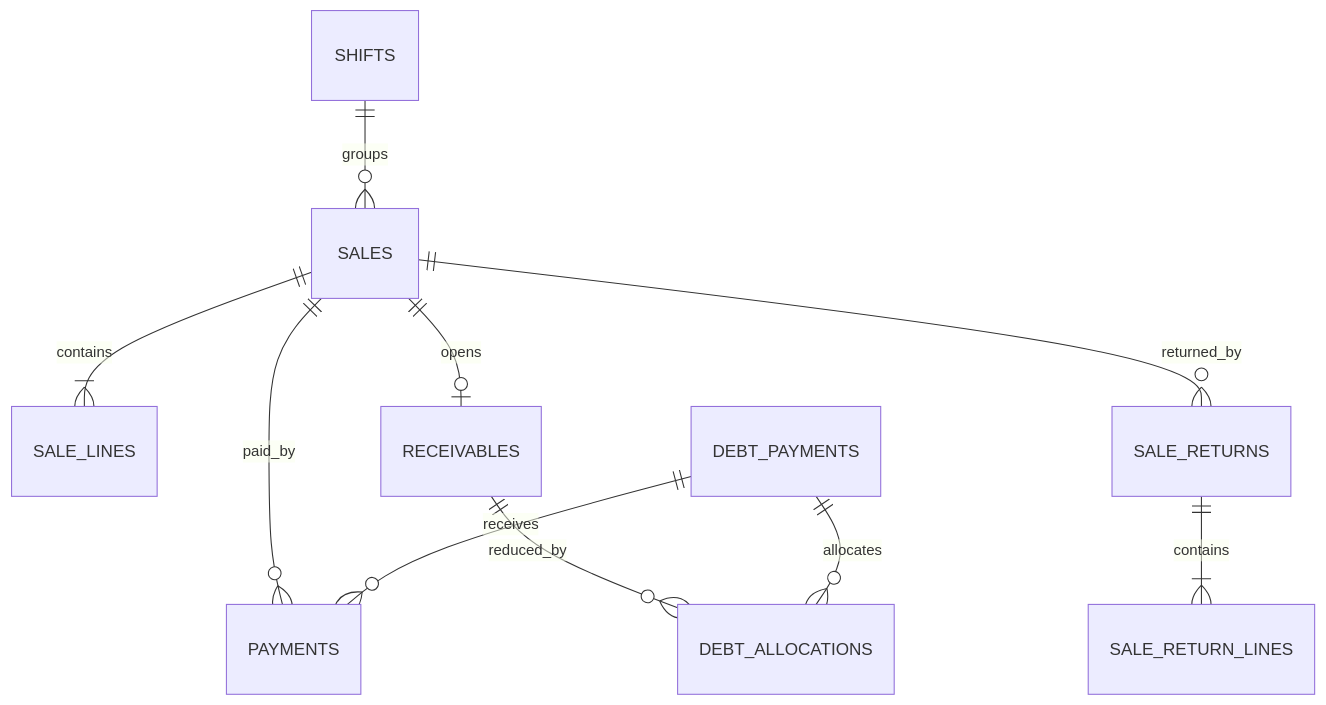
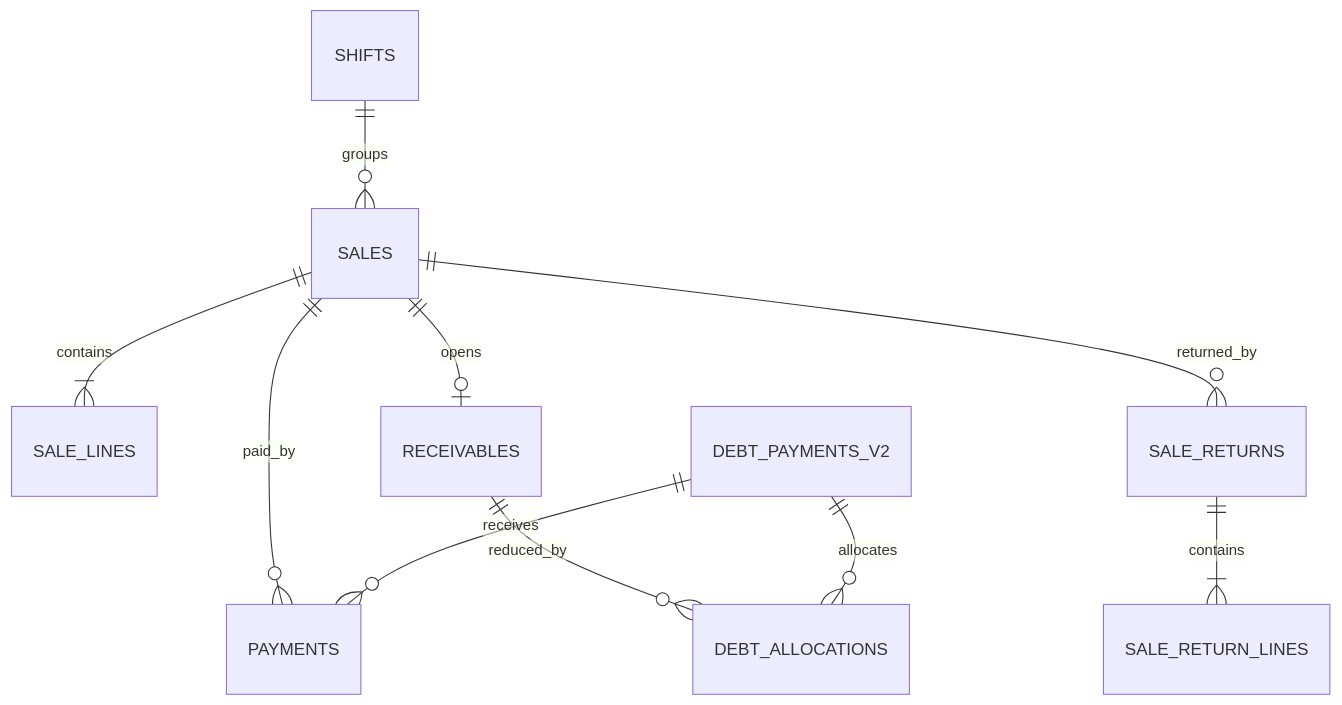
The fourth of 8 diagrams in docs/DATABASE_DESIGN_V2.md (AkmalkhonIbrokhimov/market-pos), drawn with Mermaid before and after one commit. The commit also changed other lines of this file and 5 other files, not shown here.

````diff
--- a/docs/DATABASE_DESIGN_V2.md
+++ b/docs/DATABASE_DESIGN_V2.md
@@ -1420,12 +1421,12 @@
 ```mermaid
 erDiagram
   SHIFTS ||--o{ SALES : groups
   SALES ||--|{ SALE_LINES : contains
   SALES ||--o{ PAYMENTS : paid_by
   SALES ||--o| RECEIVABLES : opens
   SALES ||--o{ SALE_RETURNS : returned_by
   SALE_RETURNS ||--|{ SALE_RETURN_LINES : contains
   RECEIVABLES ||--o{ DEBT_ALLOCATIONS : reduced_by
-  DEBT_PAYMENTS ||--o{ PAYMENTS : receives
-  DEBT_PAYMENTS ||--o{ DEBT_ALLOCATIONS : allocates
+  DEBT_PAYMENTS_V2 ||--o{ PAYMENTS : receives
+  DEBT_PAYMENTS_V2 ||--o{ DEBT_ALLOCATIONS : allocates
 ```
````
